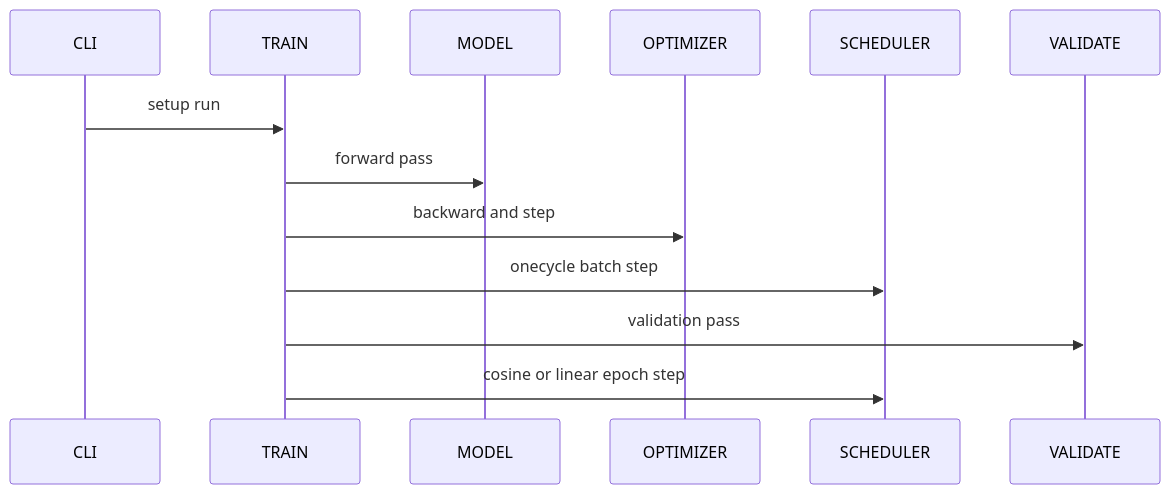
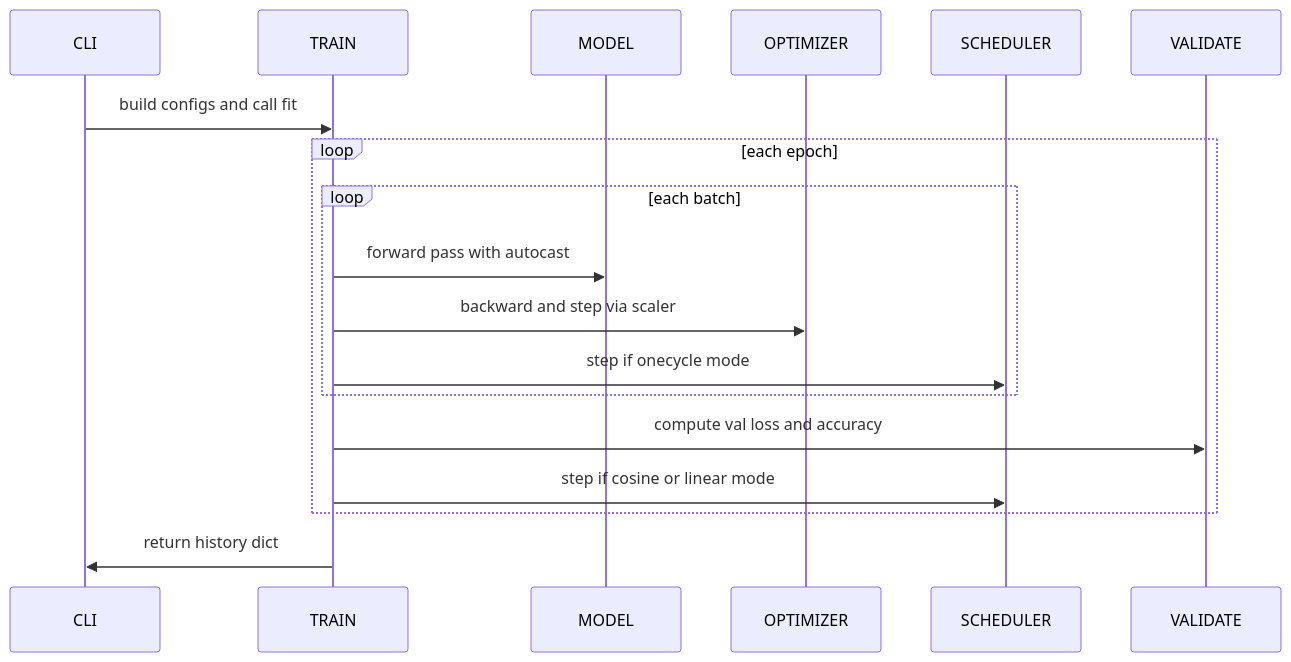
One commit to hkevin01/ml-adamw-demo changed the fourth of 8 diagrams in README.md. Above: the diagram before and after it, drawn with Mermaid. The commit also changed other lines of this file, not shown here.

````diff
--- a/README.md
+++ b/README.md
@@ -156,15 +310,20 @@
 ```mermaid
 sequenceDiagram
     participant CLI
     participant TRAIN
     participant MODEL
     participant OPTIMIZER
     participant SCHEDULER
     participant VALIDATE
-    CLI->>TRAIN: setup run
-    TRAIN->>MODEL: forward pass
-    TRAIN->>OPTIMIZER: backward and step
-    TRAIN->>SCHEDULER: onecycle batch step
-    TRAIN->>VALIDATE: validation pass
-    TRAIN->>SCHEDULER: cosine or linear epoch step
+    CLI->>TRAIN: build configs and call fit
+    loop each epoch
+        loop each batch
+            TRAIN->>MODEL: forward pass with autocast
+            TRAIN->>OPTIMIZER: backward and step via scaler
+            TRAIN->>SCHEDULER: step if onecycle mode
+        end
+        TRAIN->>VALIDATE: compute val loss and accuracy
+        TRAIN->>SCHEDULER: step if cosine or linear mode
+    end
+    TRAIN->>CLI: return history dict
 ```
````
